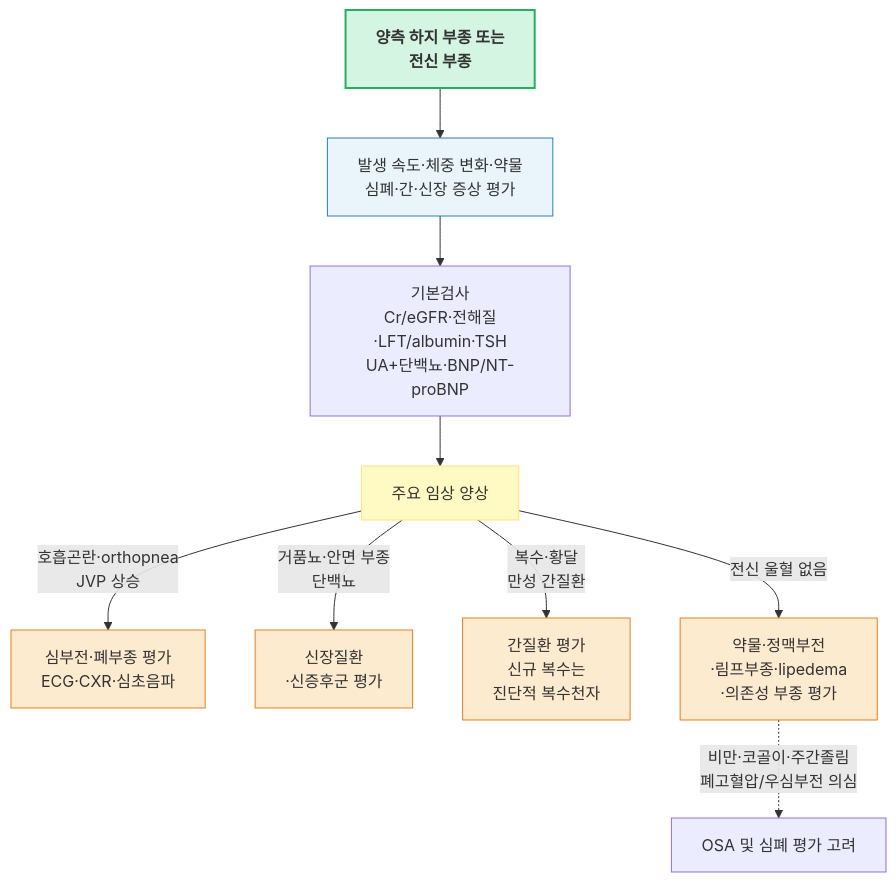
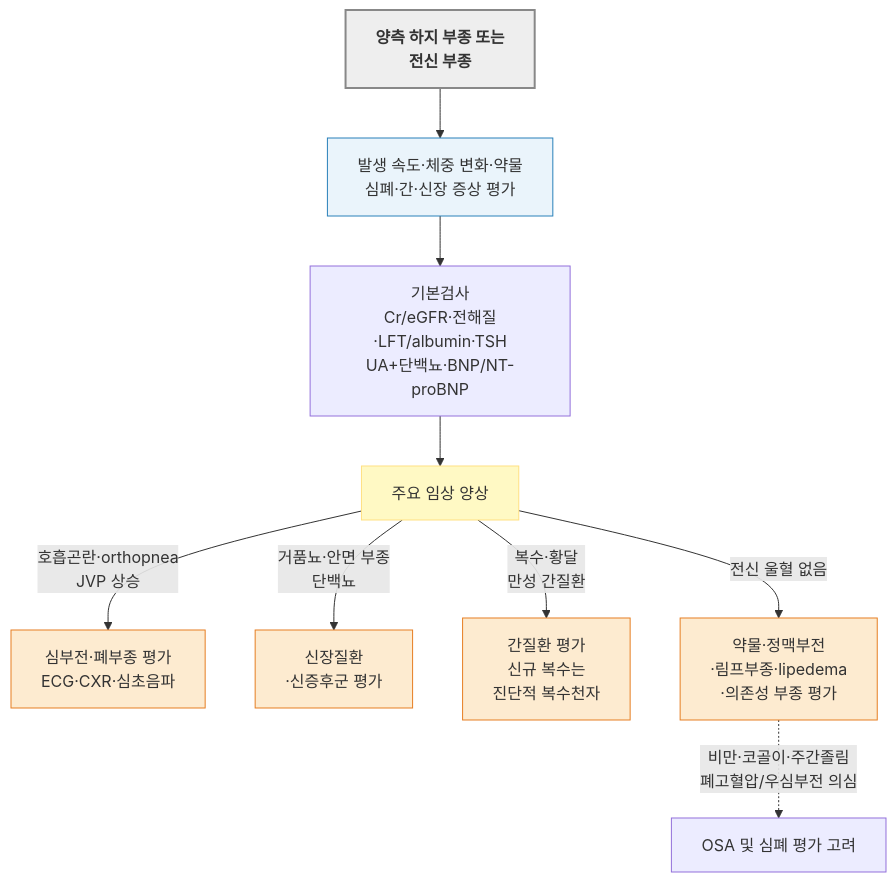
One commit to familyoh77/familyoh77 changed the third of 4 diagrams in 220_/012_-edema.md. Above: the diagram before and after it, drawn with Mermaid. The commit also changed other lines of this file and 3 other files, not shown here.

````diff
--- a/220_/012_-edema.md
+++ b/220_/012_-edema.md
@@ -261,19 +261,19 @@
 ```mermaid
 graph TD
 SG3["<b>양측 하지 부종 또는 <br/>전신 부종</b>"]
         SG3 --> A3["발생 속도·체중 변화·약물<br/>심폐·간·신장 증상 평가"]
         A3 --> B3["기본검사<br/>Cr/eGFR·전해질<br/>·LFT/albumin·TSH<br/>UA+단백뇨·BNP/NT-proBNP"]
         B3 --> C3["주요 임상 양상"]
         C3 -- "호흡곤란·orthopnea<br/>JVP 상승" --> D3a["심부전·폐부종 평가<br/>ECG·CXR·심초음파"]
         C3 -- "거품뇨·안면 부종<br/>단백뇨" --> D3b["신장질환<br/>·신증후군 평가"]
         C3 -- "복수·황달<br/>만성 간질환" --> D3c["간질환 평가<br/>신규 복수는 <br/>진단적 복수천자"]
         C3 -- "전신 울혈 없음" --> D3d["약물·정맥부전<br/>·림프부종·lipedema<br/>·의존성 부종 평가"]
         D3d -. "비만·코골이·주간졸림<br/>폐고혈압/우심부전 의심" .-> E3["OSA 및 심폐 평가 고려"]
-    style SG3 fill:#d5f5e3,stroke:#27ae60,stroke-width:2px
+    style SG3 fill:#eeeeee,stroke:#888888,stroke-width:2px
     style A3 fill:#eaf4fb,stroke:#2980b9
     style C3 fill:#fff9c4,stroke:#ffe082
     style D3a fill:#fdebd0,stroke:#e67e22
     style D3b fill:#fdebd0,stroke:#e67e22
     style D3c fill:#fdebd0,stroke:#e67e22
     style D3d fill:#fdebd0,stroke:#e67e22
 ```
````
